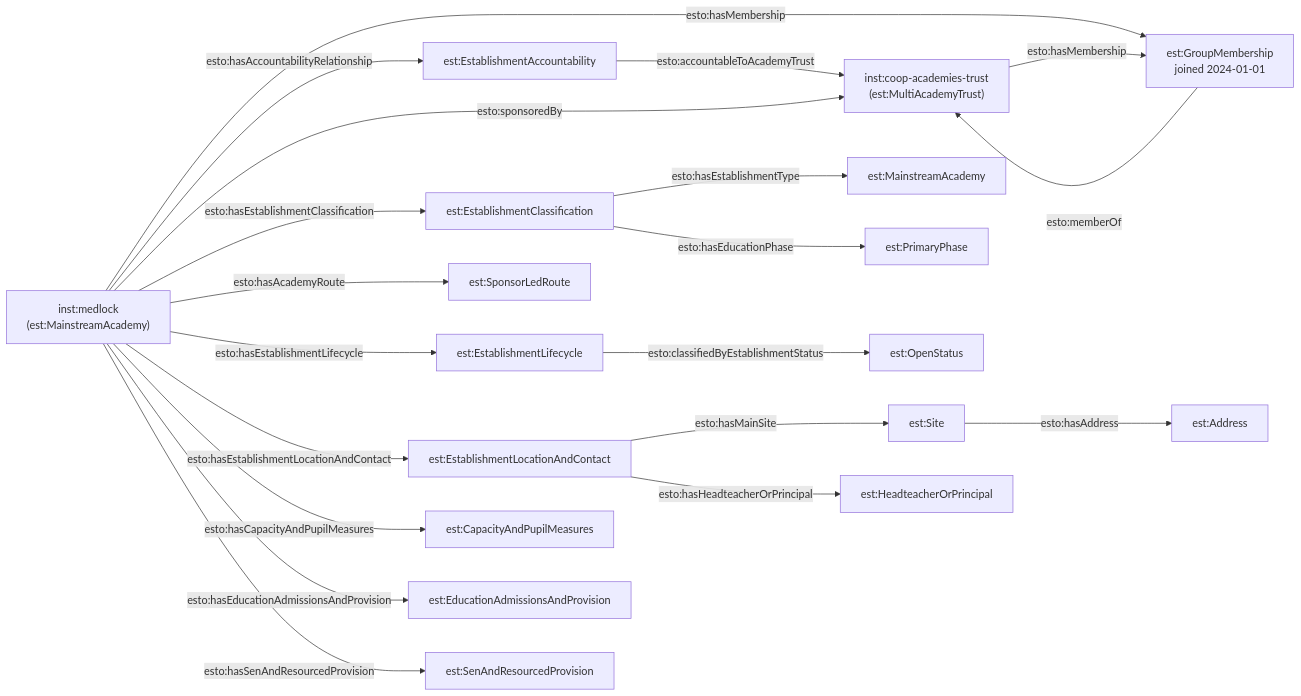
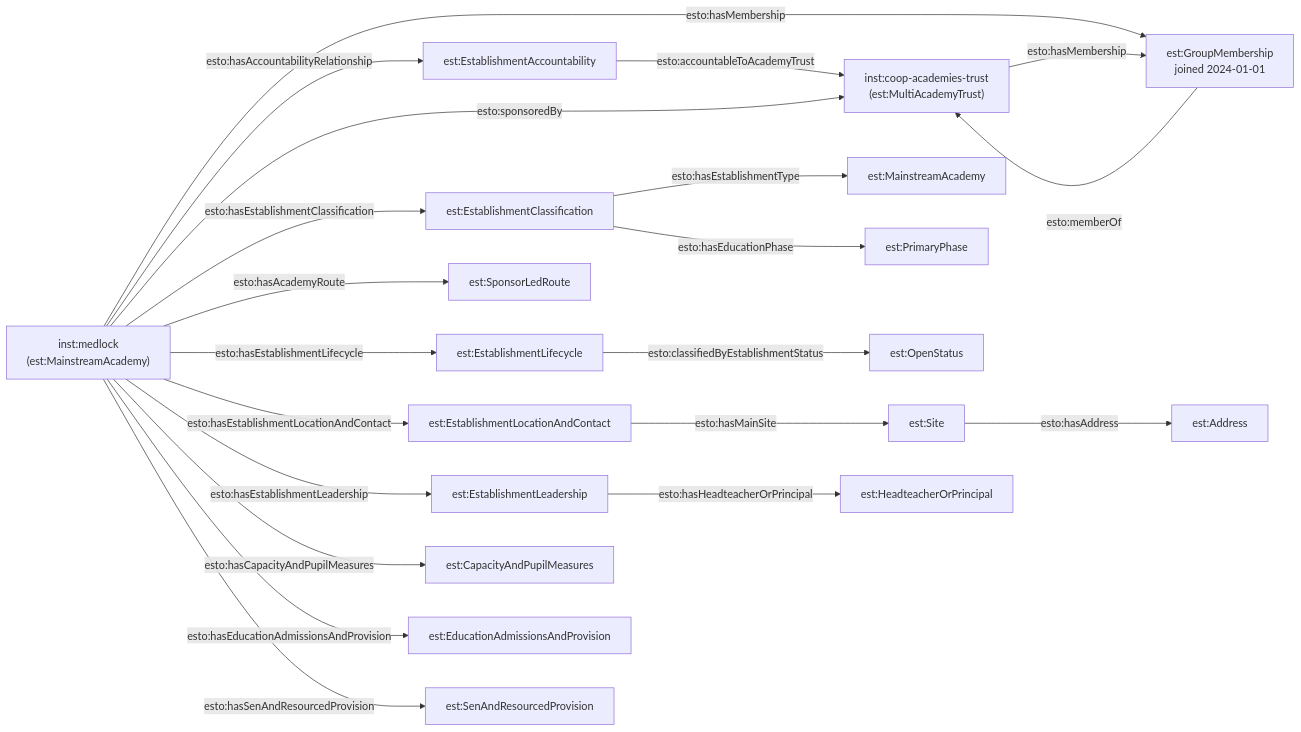
The second of 2 diagrams in docs-site/content/models/establishment/worked-examples/medlock-mat/index.md (DFE-Digital/education-provider-registry-docs), drawn with Mermaid before and after one commit. The commit also changed other lines of this file and 16 other files, not shown here.

````diff
--- a/docs-site/content/models/establishment/worked-examples/medlock-mat/index.md
+++ b/docs-site/content/models/establishment/worked-examples/medlock-mat/index.md
@@ -75,30 +75,32 @@
 ```mermaid
 flowchart LR
     AT["inst:coop-academies-trust<br/>(est:MultiAcademyTrust)"]
     MED["inst:medlock<br/>(est:MainstreamAcademy)"]
 
     AT -->|esto:hasMembership| GM["est:GroupMembership<br/>joined 2024-01-01"]
     GM -->|esto:memberOf| AT
     MED -->|esto:hasMembership| GM
 
     MED -->|esto:hasAccountabilityRelationship| ACC["est:EstablishmentAccountability"]
     ACC -->|esto:accountableToAcademyTrust| AT
     MED -->|esto:sponsoredBy| AT
 
     MED -->|esto:hasEstablishmentClassification| CL["est:EstablishmentClassification"]
     CL -->|esto:hasEstablishmentType| TY["est:MainstreamAcademy"]
     CL -->|esto:hasEducationPhase| PH["est:PrimaryPhase"]
     MED -->|esto:hasAcademyRoute| RT["est:SponsorLedRoute"]
 
     MED -->|esto:hasEstablishmentLifecycle| LC["est:EstablishmentLifecycle"]
     LC -->|esto:classifiedByEstablishmentStatus| OS["est:OpenStatus"]
 
     MED -->|esto:hasEstablishmentLocationAndContact| LOC["est:EstablishmentLocationAndContact"]
     LOC -->|esto:hasMainSite| SITE["est:Site"]
     SITE -->|esto:hasAddress| ADDR["est:Address"]
-    LOC -->|esto:hasHeadteacherOrPrincipal| HT["est:HeadteacherOrPrincipal"]
+
+    MED -->|esto:hasEstablishmentLeadership| LEAD["est:EstablishmentLeadership"]
+    LEAD -->|esto:hasHeadteacherOrPrincipal| HT["est:HeadteacherOrPrincipal"]
 
     MED -->|esto:hasCapacityAndPupilMeasures| CAP["est:CapacityAndPupilMeasures"]
     MED -->|esto:hasEducationAdmissionsAndProvision| ADM["est:EducationAdmissionsAndProvision"]
     MED -->|esto:hasSenAndResourcedProvision| SEN["est:SenAndResourcedProvision"]
 ```
````
